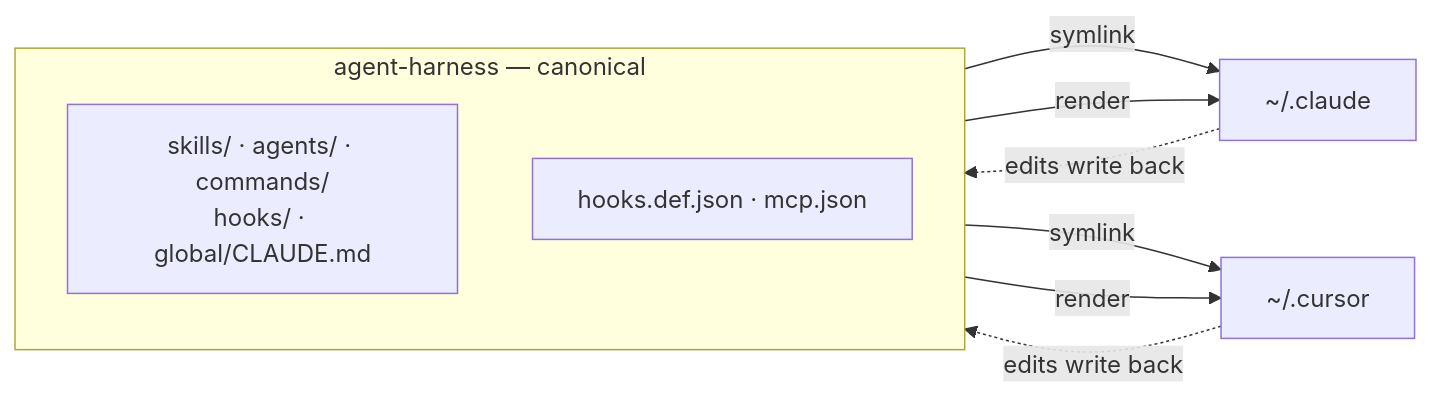
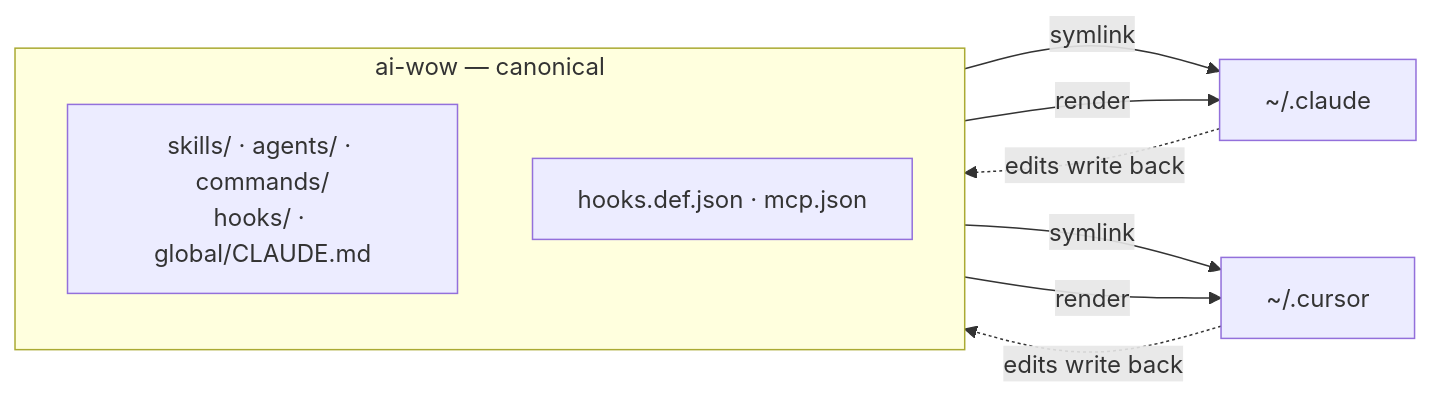
The first of 2 diagrams in README.md (ozanozcan/ai-wow), drawn with Mermaid before and after one commit. The commit also changed other lines of this file and 7 other files, not shown here.

````diff
--- a/README.md
+++ b/README.md
@@ -53,14 +60,14 @@
 ```mermaid
 flowchart LR
-  subgraph REPO["agent-harness — canonical"]
+  subgraph REPO["ai-wow — canonical"]
     direction TB
     A["skills/ · agents/ · commands/<br/>hooks/ · global/CLAUDE.md"]
     B["hooks.def.json · mcp.json"]
   end
   A -->|"symlink"| C["~/.claude"]
   A -->|"symlink"| D["~/.cursor"]
   B -->|"render"| C
   B -->|"render"| D
   C -.->|"edits write back"| A
   D -.->|"edits write back"| A
 ```
````
